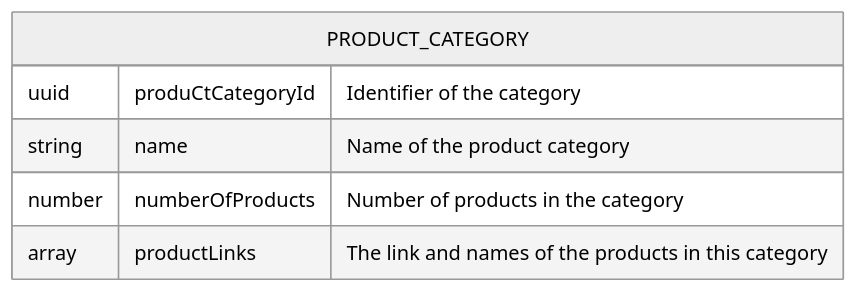
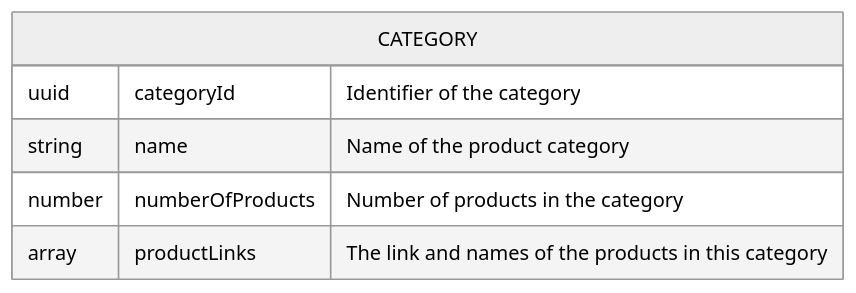
One commit to ikenna/AcmePetSupplies changed the second of 5 diagrams in discovery.md. Above: the diagram before and after it, drawn with Mermaid (neutral theme). The commit also changed other lines of this file, not shown here.

````diff
--- a/discovery.md
+++ b/discovery.md
@@ -66,9 +66,9 @@
 ```mermaid
 erDiagram  
-  PRODUCT_CATEGORY {
-    uuid produCtCategoryId "Identifier of the category"
+  CATEGORY {
+    uuid categoryId "Identifier of the category"
     string name "Name of the product category"
     number numberOfProducts "Number of products in the category"
     array productLinks "The link and names of the products in this category"
   }
 ```
````
